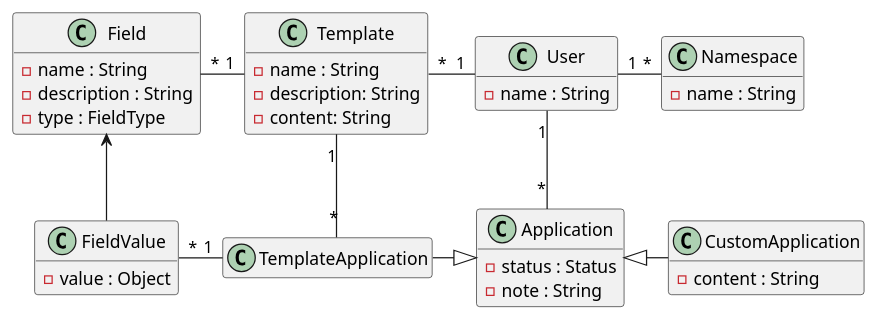
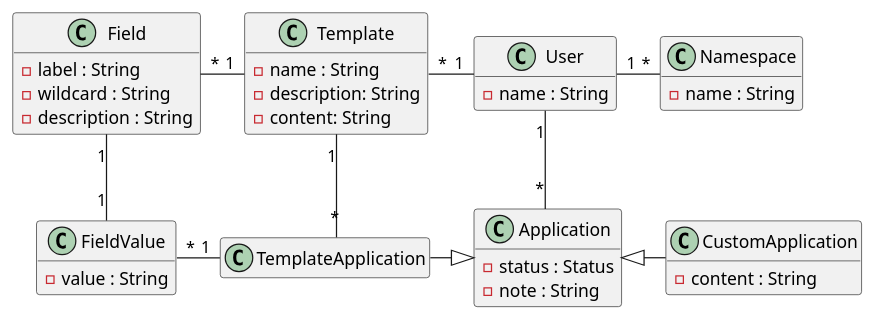
One commit to halilbahar/beeyond changed the first of 3 diagrams in asciidocs/entwurf.adoc. Above: the diagram before and after it, drawn with PlantUML.

Commit message:
Update class diagram

```diff
--- a/asciidocs/entwurf.adoc
+++ b/asciidocs/entwurf.adoc
@@ -2,55 +2,55 @@
 [plantuml]
 ----
 @startuml
 skinparam linetype ortho
 hide empty methods
 hide empty fields
 
 class User {
     -name : String
 }
 
 class Namespace {
     -name : String
 }
 
 class Application {
     -status : Status
     -note : String
 }
 
 class CustomApplication {
     -content : String
 }
 
 class TemplateApplication {
 }
 
 class Template {
     -name : String
     -description: String
     -content: String
 }
 
 class Field {
-    -name : String
+    -label : String
+    -wildcard : String
     -description : String
-    -type : FieldType
 }
 
 class FieldValue {
-    -value : Object
+    -value : String
 }
 
 User "1" -right- "*" Namespace
 User "1" -down- "*" Application
 User "1" -left- "*" Template
 TemplateApplication -|> Application
 CustomApplication -left-|> Application
 Template "1" -down- "*" TemplateApplication
 Template "1" -left- "*" Field
 TemplateApplication "1" -left- "*" FieldValue
-FieldValue -up-> Field
+FieldValue "1" -up- "1" Field
 
 @enduml
 ----
```
